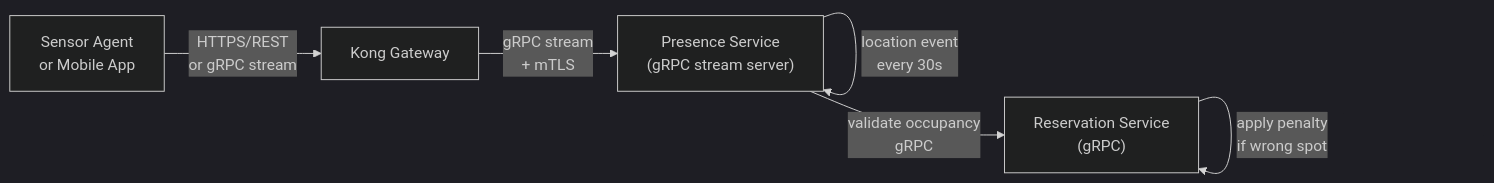
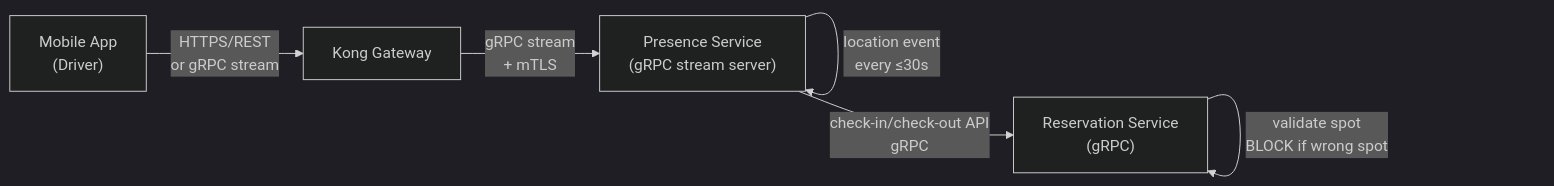
Before and after one commit to ParkirPintar/parkir-pintar-backend: diagram 12 of 23 in README.md, drawn with Mermaid (dark theme). The commit also changed other lines of this file and 42 other files, not shown here.

````diff
--- a/README.md
+++ b/README.md
@@ -905,13 +882,13 @@
 ```mermaid
 flowchart LR
-    A["Sensor Agent\nor Mobile App"]
+    A["Mobile App\n(Driver)"]
     KONG["Kong Gateway"]
     P["Presence Service\n(gRPC stream server)"]
     R["Reservation Service\n(gRPC)"]
 
     A -->|"HTTPS/REST\nor gRPC stream"| KONG
     KONG -->|"gRPC stream\n+ mTLS"| P
-    P -->|"location event\nevery 30s"| P
-    P -->|"validate occupancy\ngRPC"| R
-    R -->|"apply penalty\nif wrong spot"| R
+    P -->|"location event\nevery ≤30s"| P
+    P -->|"check-in/check-out API\ngRPC"| R
+    R -->|"validate spot\nBLOCK if wrong spot"| R
 ```
````
